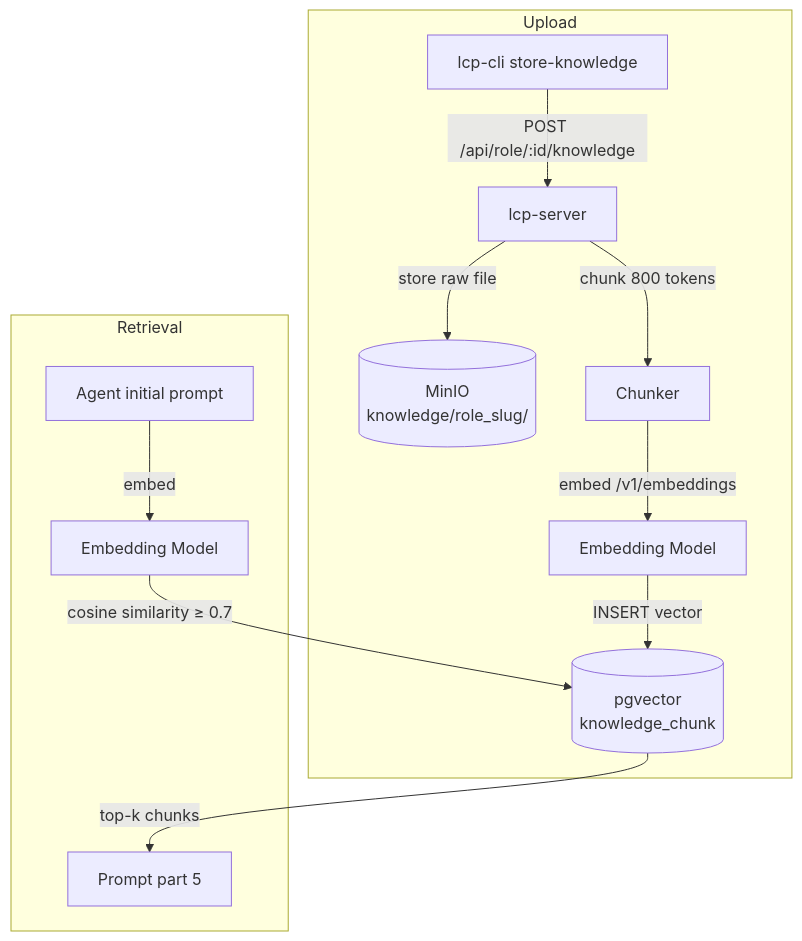
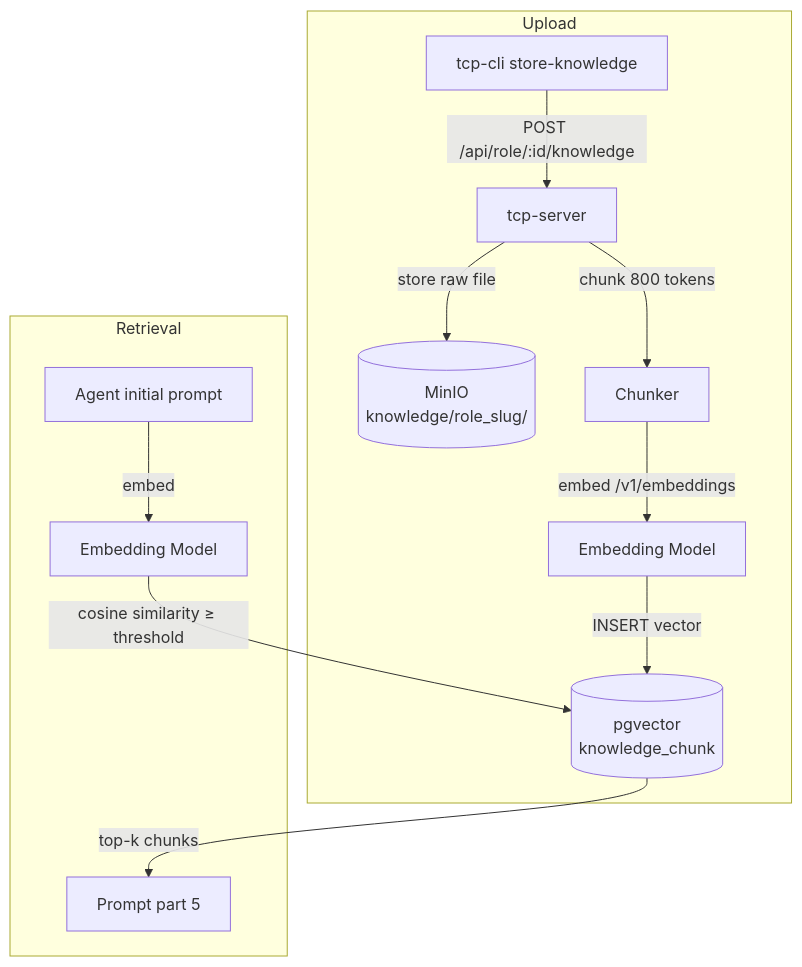
Before and after one commit to instantiator/tcp-server: the fourth of 4 diagrams in README.md, drawn with Mermaid. The commit also changed other lines of this file and 1129 other files, not shown here.

````diff
--- a/README.md
+++ b/README.md
@@ -249,15 +249,15 @@
 ```mermaid
 flowchart TD
   subgraph Upload
-    CLI[lcp-cli store-knowledge] -->|POST /api/role/:id/knowledge| API[lcp-server]
+    CLI[tcp-cli store-knowledge] -->|POST /api/role/:id/knowledge| API[tcp-server]
     API -->|store raw file| MinIO2[(MinIO\nknowledge/role_slug/)]
     API -->|chunk 800 tokens| Chunker[Chunker]
     Chunker -->|embed /v1/embeddings| Embed[Embedding Model]
     Embed -->|INSERT vector| PG[(pgvector\nknowledge_chunk)]
   end
   subgraph Retrieval
     Query[Agent initial prompt] -->|embed| Embed2[Embedding Model]
-    Embed2 -->|cosine similarity ≥ 0.7| PG
+    Embed2 -->|cosine similarity ≥ threshold| PG
     PG -->|top-k chunks| Part5[Prompt part 5]
   end
 ```
````
